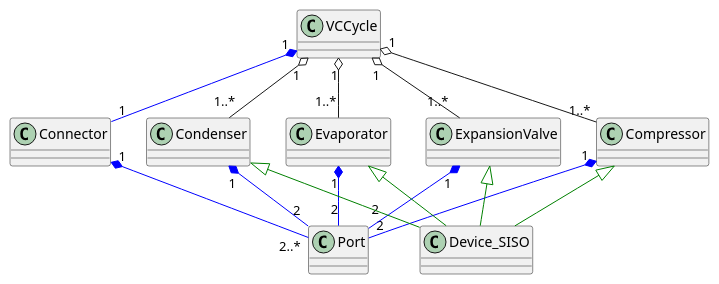
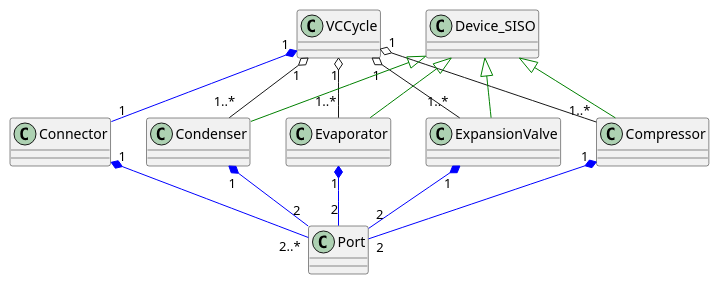
One commit to thermalogic/SimVCCE changed the diagram in doc/uml/puml/vccycle_relations_all.puml. Above: the diagram before and after it, drawn with PlantUML. The commit also changed 12 other files, not shown here.

Commit message:
update fig

```diff
--- a/doc/uml/puml/vccycle_relations_all.puml
+++ b/doc/uml/puml/vccycle_relations_all.puml
@@ -1,18 +1,18 @@
 @startuml
 VCCycle "1" *-[#blue]- "1" Connector 
 VCCycle "1" o-- "1..*" Compressor 
 VCCycle "1" o-- "1..*" Condenser
 VCCycle "1" o-- "1..*" Evaporator
 VCCycle "1" o-- "1..*" ExpansionValve
 
 Connector "1" *-[#blue]- "2..*" Port
 Compressor "1" *-[#blue]- "2" Port
 ExpansionValve "1" *-[#blue]- "2" Port
 Evaporator "1" *-[#blue]- "2" Port
 Condenser "1" *-[#blue]- "2" Port
 
-Compressor <|-[#green]- Device_SISO  
-Condenser <|-[#green]- Device_SISO  
-Evaporator <|-[#green]- Device_SISO  
-ExpansionValve <|-[#green]- Device_SISO  
+Device_SISO  <|-[#green]- Compressor  
+Device_SISO  <|-[#green]- Condenser
+Device_SISO  <|-[#green]-  Evaporator
+Device_SISO  <|-[#green]-   ExpansionValve
 @enduml
```
